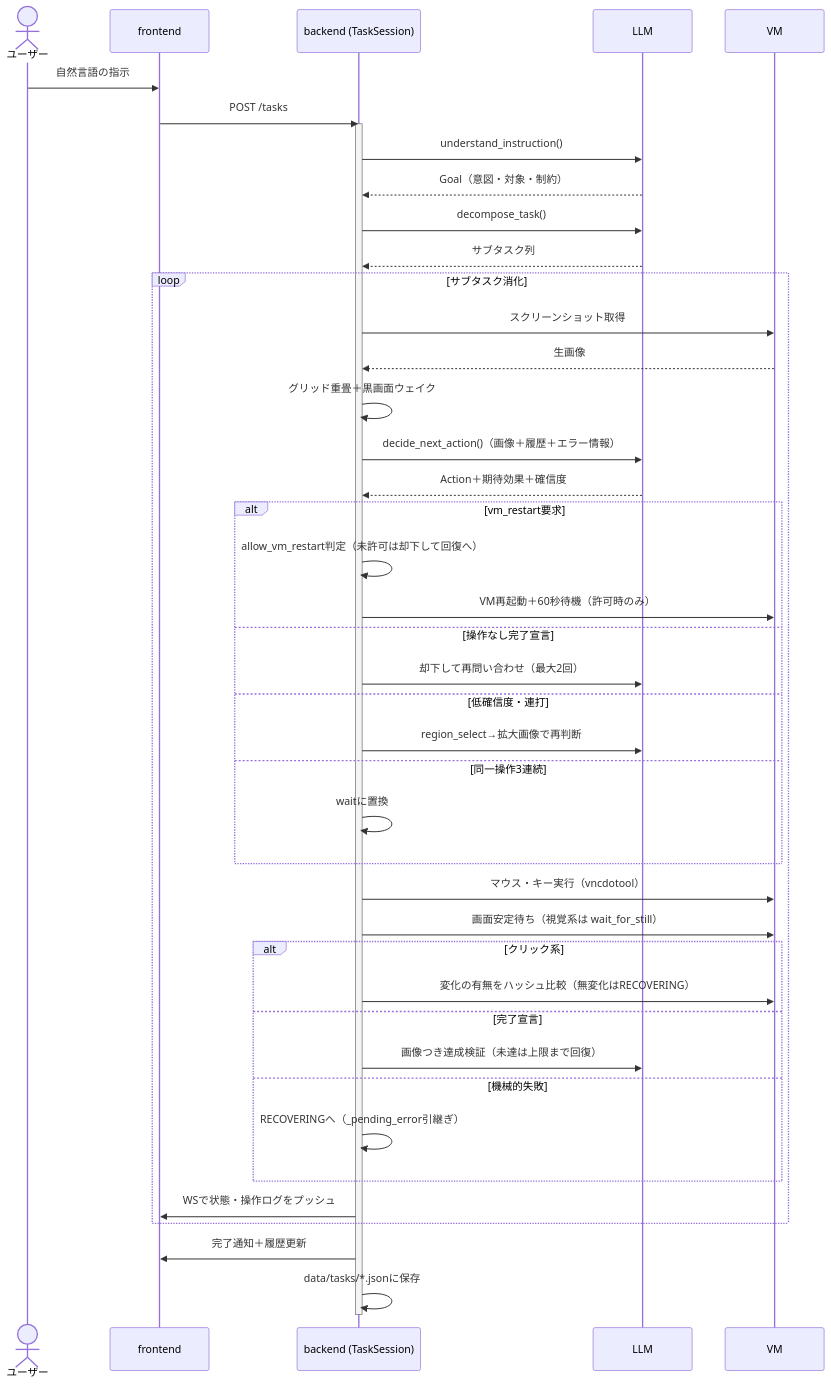
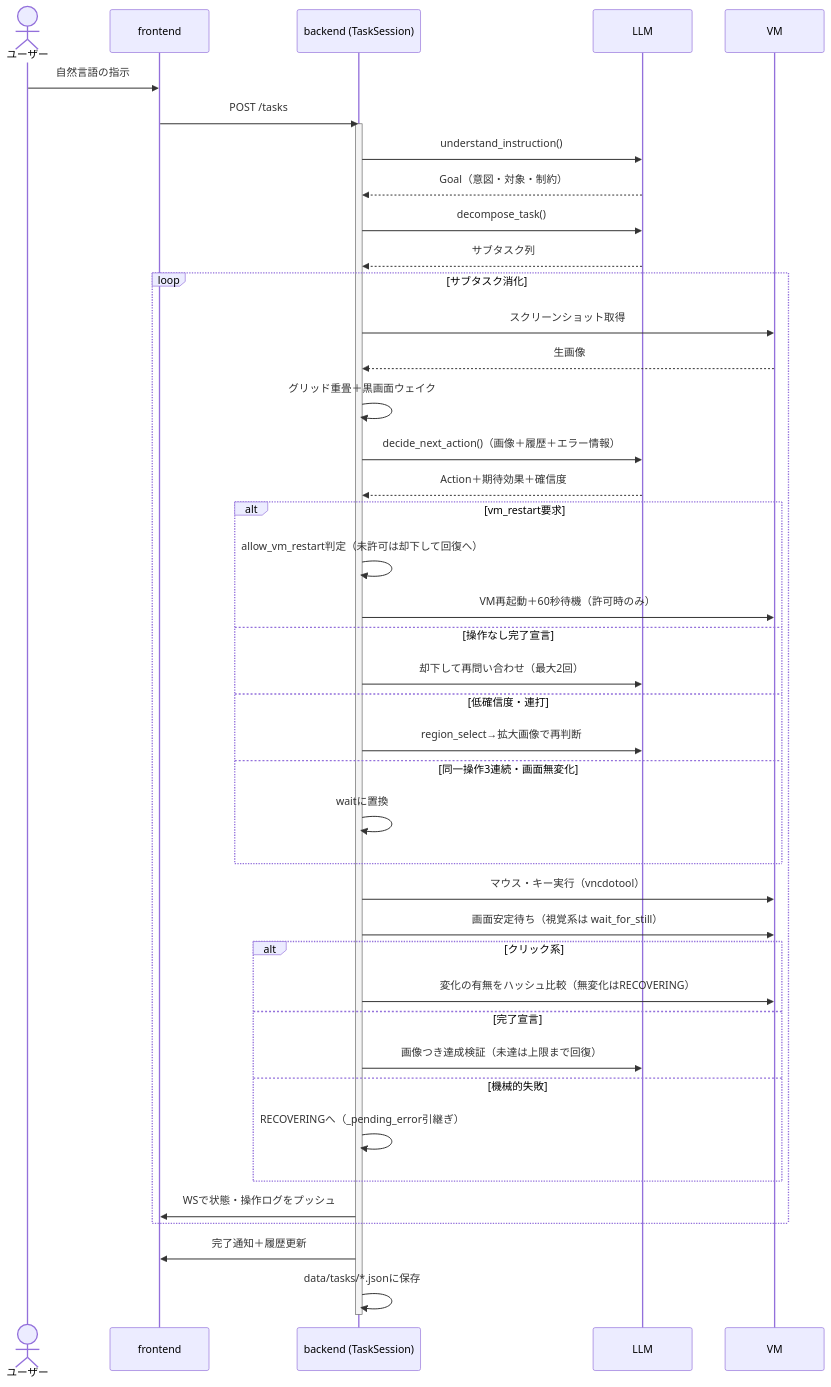
One commit to Milix-M/ai-desktop-agent changed the third of 4 diagrams in docs/architecture.md. Above: the diagram before and after it, drawn with Mermaid. The commit also changed other lines of this file and 3 other files, not shown here.

````diff
--- a/docs/architecture.md
+++ b/docs/architecture.md
@@ -211,45 +211,45 @@
 ```mermaid
 sequenceDiagram
     actor U as ユーザー
     participant FE as frontend
     participant BE as backend (TaskSession)
     participant LLM as LLM
     participant VM as VM
     U->>FE: 自然言語の指示
     FE->>BE: POST /tasks
     activate BE
     BE->>LLM: understand_instruction()
     LLM-->>BE: Goal（意図・対象・制約）
     BE->>LLM: decompose_task()
     LLM-->>BE: サブタスク列
     loop サブタスク消化
         BE->>VM: スクリーンショット取得
         VM-->>BE: 生画像
         BE->>BE: グリッド重畳＋黒画面ウェイク
         BE->>LLM: decide_next_action()（画像＋履歴＋エラー情報）
         LLM-->>BE: Action＋期待効果＋確信度
         alt vm_restart要求
             BE->>BE: allow_vm_restart判定（未許可は却下して回復へ）
             BE->>VM: VM再起動＋60秒待機（許可時のみ）
         else 操作なし完了宣言
             BE->>LLM: 却下して再問い合わせ（最大2回）
         else 低確信度・連打
             BE->>LLM: region_select→拡大画像で再判断
-        else 同一操作3連続
+        else 同一操作3連続・画面無変化
             BE->>BE: waitに置換
         end
         BE->>VM: マウス・キー実行（vncdotool）
         BE->>VM: 画面安定待ち（視覚系は wait_for_still）
         alt クリック系
             BE->>VM: 変化の有無をハッシュ比較（無変化はRECOVERING）
         else 完了宣言
             BE->>LLM: 画像つき達成検証（未達は上限まで回復）
         else 機械的失敗
             BE->>BE: RECOVERINGへ（_pending_error引継ぎ）
         end
         BE->>FE: WSで状態・操作ログをプッシュ
     end
     BE->>FE: 完了通知＋履歴更新
     BE->>BE: data/tasks/*.jsonに保存
     deactivate BE
 ```
````
